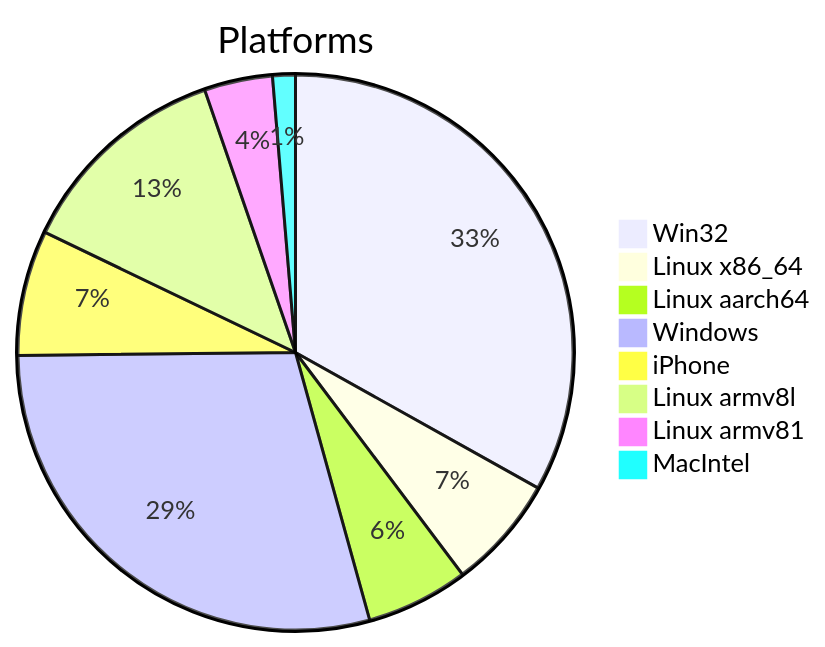
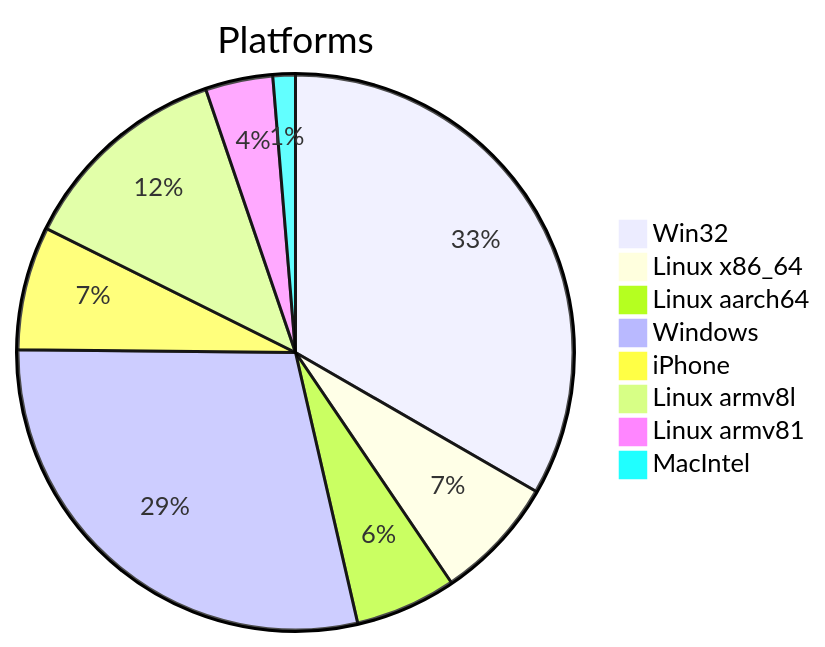
Before and after one commit to Krugou/socials: the first of 2 diagrams in DATA_REPORT.md, drawn with Mermaid. The commit also changed other lines of this file and 2 other files, not shown here.

````diff
--- a/DATA_REPORT.md
+++ b/DATA_REPORT.md
@@ -9,11 +9,11 @@
 ```mermaid
 pie title Platforms
-    "Win32" : 50
-    "Linux x86_64" : 10
+    "Win32" : 51
+    "Linux x86_64" : 11
     "Linux aarch64" : 9
     "Windows" : 44
     "iPhone" : 11
     "Linux armv8l" : 19
     "Linux armv81" : 6
     "MacIntel" : 2
 ```
````
